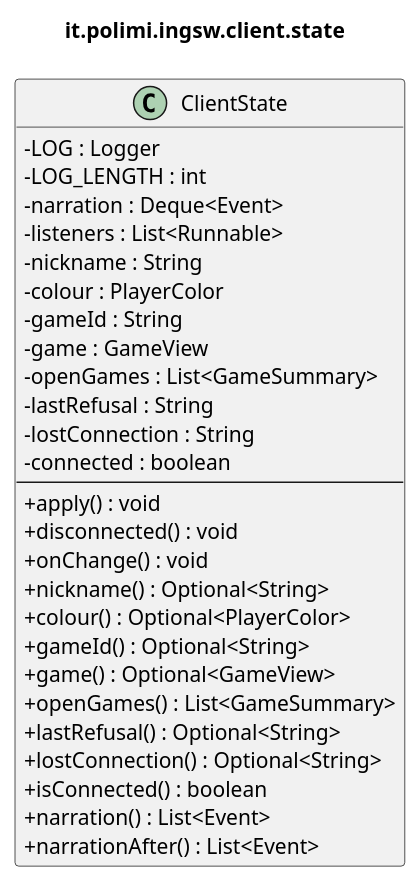
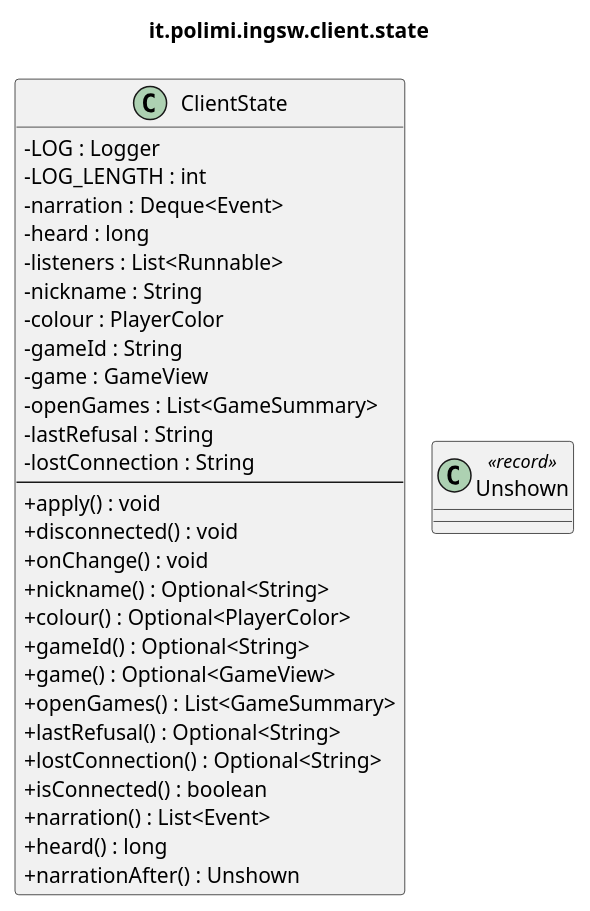
Before and after one commit to samuelesegrini/ing-sw-2025-segrini-terribile-varricchio-zanca: the diagram in docs/uml/detailed/client-state.puml, drawn with PlantUML. The commit also changed 2 other files, not shown here.

Commit message:
docs(uml): regenerate the detailed diagrams
`ClientState` gained a count and a record, `TextInterface`'s cursor changed
type. The lobby diagram was also a milestone behind — `askTheDesk` arrived in
M16 and the generator was never run.

```diff
--- a/docs/uml/detailed/client-state.puml
+++ b/docs/uml/detailed/client-state.puml
@@ -1,37 +1,40 @@
 @startuml it_polimi_ingsw_client_state
 ' Generated by tools/uml/generate-detailed.py. Do not edit by hand.
 !pragma layout smetana
 skinparam shadowing false
 skinparam classAttributeIconSize 0
 title it.polimi.ingsw.client.state
 
 class ClientState {
   -LOG : Logger
   -LOG_LENGTH : int
   -narration : Deque<Event>
+  -heard : long
   -listeners : List<Runnable>
   -nickname : String
   -colour : PlayerColor
   -gameId : String
   -game : GameView
   -openGames : List<GameSummary>
   -lastRefusal : String
   -lostConnection : String
-  -connected : boolean
   --
   +apply() : void
   +disconnected() : void
   +onChange() : void
   +nickname() : Optional<String>
   +colour() : Optional<PlayerColor>
   +gameId() : Optional<String>
   +game() : Optional<GameView>
   +openGames() : List<GameSummary>
   +lastRefusal() : Optional<String>
   +lostConnection() : Optional<String>
   +isConnected() : boolean
   +narration() : List<Event>
-  +narrationAfter() : List<Event>
+  +heard() : long
+  +narrationAfter() : Unshown
+}
+class Unshown <<record>> {
 }
 
 @enduml
```
